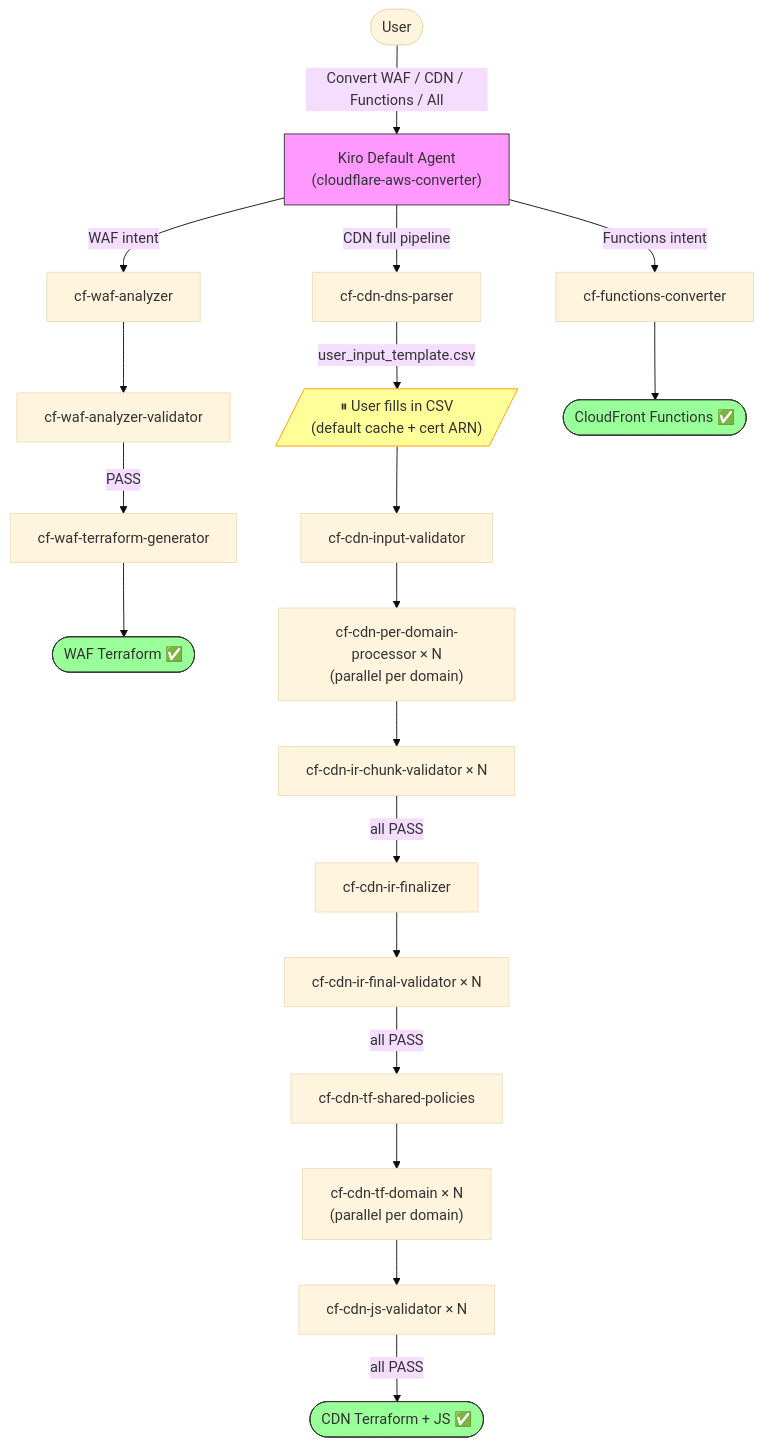
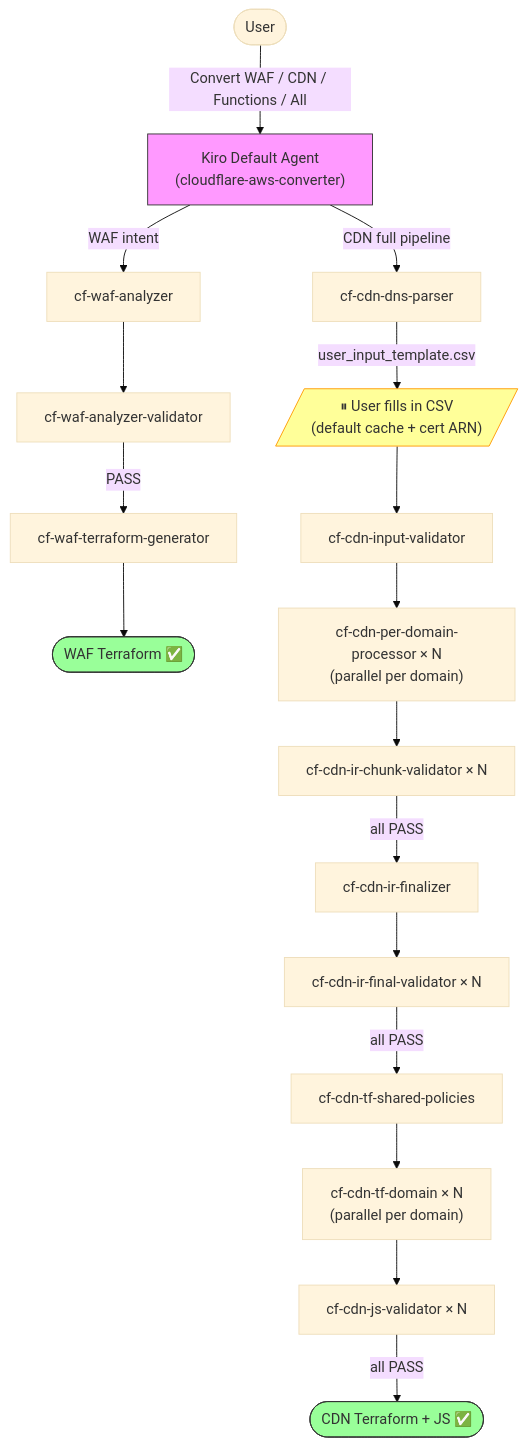
Before and after one commit to chenghit/cloudflare-aws-edge-config-converter: the diagram in README.md, drawn with Mermaid (base theme). The commit also changed other lines of this file and 53 other files, not shown here.

````diff
--- a/README.md
+++ b/README.md
@@ -39,30 +38,26 @@
 ```mermaid
 flowchart TD
     User([User]) -->|"Convert WAF / CDN / Functions / All"| Main["Kiro Default Agent\n(cloudflare-aws-converter)"]
 
     Main -->|WAF intent| WAF_A["cf-waf-analyzer"]
     WAF_A --> WAF_V["cf-waf-analyzer-validator"]
     WAF_V -->|PASS| WAF_G["cf-waf-terraform-generator"]
     WAF_G --> WAF_Done([WAF Terraform ✅])
 
     Main -->|CDN full pipeline| CDN1["cf-cdn-dns-parser"]
     CDN1 -->|user_input_template.csv| Pause[/"⏸ User fills in CSV\n(default cache + cert ARN)"/]
     Pause --> CDN2["cf-cdn-input-validator"]
     CDN2 --> CDN3["cf-cdn-per-domain-processor × N\n(parallel per domain)"]
     CDN3 --> CDN4["cf-cdn-ir-chunk-validator × N"]
     CDN4 -->|all PASS| CDN5["cf-cdn-ir-finalizer"]
     CDN5 --> CDN6["cf-cdn-ir-final-validator × N"]
     CDN6 -->|all PASS| CDN7["cf-cdn-tf-shared-policies"]
     CDN7 --> CDN8["cf-cdn-tf-domain × N\n(parallel per domain)"]
     CDN8 --> CDN9["cf-cdn-js-validator × N"]
     CDN9 -->|all PASS| CDN_Done([CDN Terraform + JS ✅])
 
-    Main -->|Functions intent| FUNC["cf-functions-converter"]
-    FUNC --> FUNC_Done([CloudFront Functions ✅])
-
     style Main fill:#f9f,stroke:#333
     style Pause fill:#ff9,stroke:#f90
     style WAF_Done fill:#9f9,stroke:#333
     style CDN_Done fill:#9f9,stroke:#333
-    style FUNC_Done fill:#9f9,stroke:#333
 ```
````
